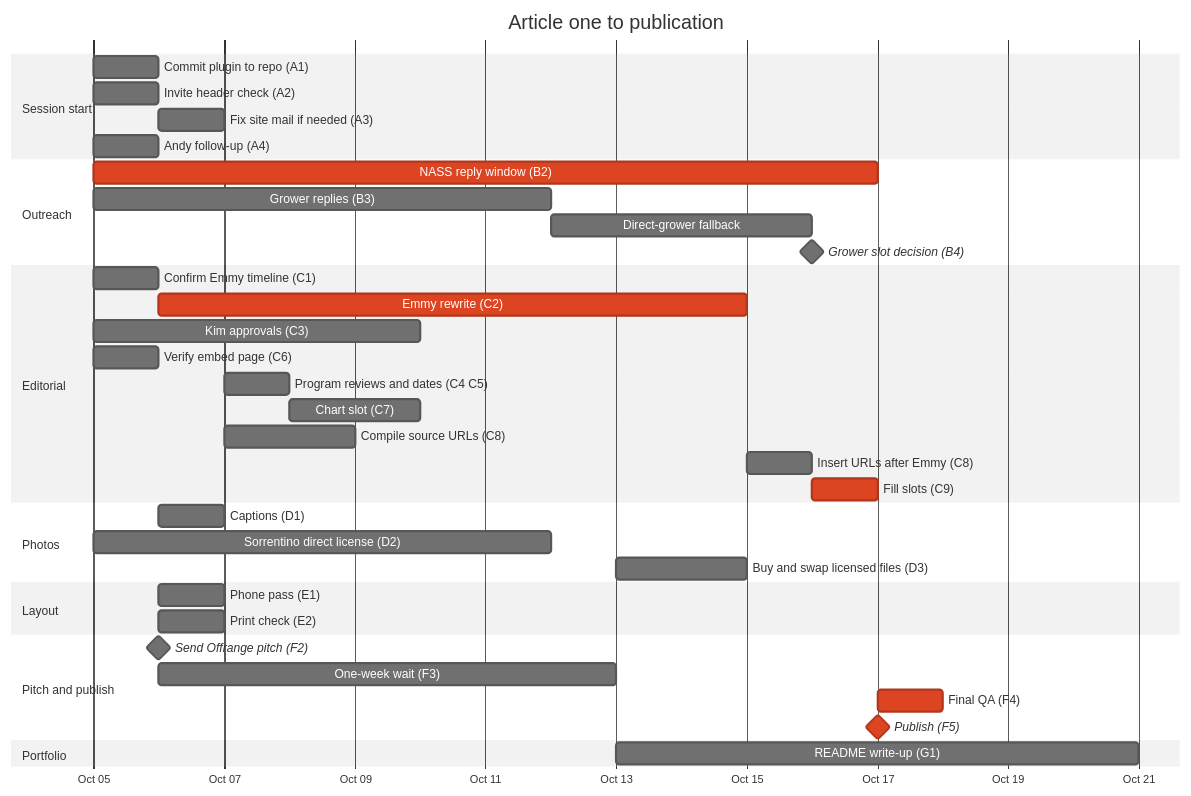
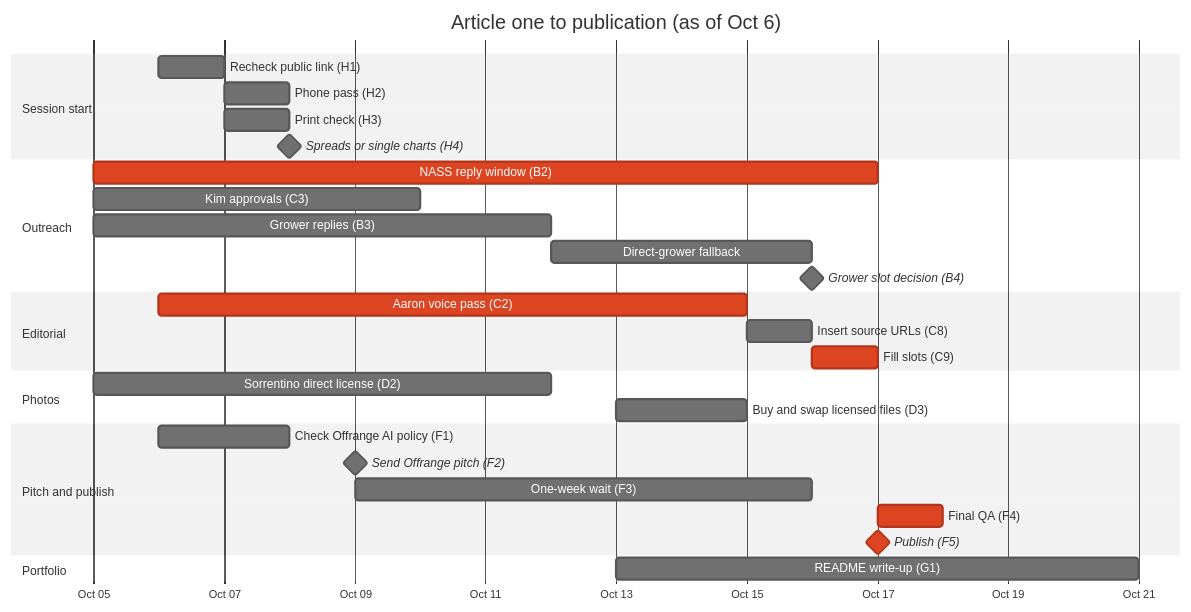
Before and after one commit to chaferoc/american-chile-economy: the diagram in docs/project-management/article-one-gantt.mermaid, drawn with Mermaid (neutral theme).

```diff
--- a/docs/project-management/article-one-gantt.mermaid
+++ b/docs/project-management/article-one-gantt.mermaid
@@ -1,45 +1,36 @@
 gantt
-    title Article one to publication
+    title Article one to publication (as of Oct 6)
     dateFormat YYYY-MM-DD
     axisFormat %b %d
 
     section Session start
-    Commit plugin to repo (A1)        :a1, 2026-10-05, 1d
-    Invite header check (A2)          :a2, 2026-10-05, 1d
-    Fix site mail if needed (A3)      :a3, after a2, 1d
-    Andy follow-up (A4)               :a4, 2026-10-05, 1d
+    Recheck public link (H1)          :h1, 2026-10-06, 1d
+    Phone pass (H2)                   :h2, after h1, 1d
+    Print check (H3)                  :h3, after h1, 1d
+    Spreads or single charts (H4)     :milestone, h4, 2026-10-08, 0d
 
     section Outreach
     NASS reply window (B2)            :crit, b2, 2026-10-05, 2026-10-17
+    Kim approvals (C3)                :c3, 2026-10-05, 2026-10-10
     Grower replies (B3)               :b3, 2026-10-05, 2026-10-12
     Direct-grower fallback            :b3b, 2026-10-12, 2026-10-16
     Grower slot decision (B4)         :milestone, b4, 2026-10-16, 0d
 
     section Editorial
-    Confirm Emmy timeline (C1)        :c1, 2026-10-05, 1d
-    Emmy rewrite (C2)                 :crit, c2, 2026-10-06, 2026-10-15
-    Kim approvals (C3)                :c3, 2026-10-05, 2026-10-10
-    Verify embed page (C6)            :c6, 2026-10-05, 1d
-    Program reviews and dates (C4 C5) :c4, 2026-10-07, 1d
-    Chart slot (C7)                   :c7, 2026-10-08, 2d
-    Compile source URLs (C8)          :c8, 2026-10-07, 2d
-    Insert URLs after Emmy (C8)       :c8b, after c2, 1d
+    Aaron voice pass (C2)             :crit, c2, 2026-10-06, 2026-10-15
+    Insert source URLs (C8)           :c8, after c2, 1d
     Fill slots (C9)                   :crit, c9, 2026-10-16, 2026-10-17
 
     section Photos
-    Captions (D1)                     :d1, 2026-10-06, 1d
     Sorrentino direct license (D2)    :d2, 2026-10-05, 2026-10-12
     Buy and swap licensed files (D3)  :d3, 2026-10-13, 2d
 
-    section Layout
-    Phone pass (E1)                   :e1, 2026-10-06, 1d
-    Print check (E2)                  :e2, 2026-10-06, 1d
-
     section Pitch and publish
-    Send Offrange pitch (F2)          :milestone, f2, 2026-10-06, 0d
-    One-week wait (F3)                :f3, 2026-10-06, 2026-10-13
+    Check Offrange AI policy (F1)     :f1, 2026-10-06, 2d
+    Send Offrange pitch (F2)          :milestone, f2, 2026-10-09, 0d
+    One-week wait (F3)                :f3, 2026-10-09, 2026-10-16
     Final QA (F4)                     :crit, f4, 2026-10-17, 1d
     Publish (F5)                      :crit, milestone, f5, 2026-10-17, 0d
 
     section Portfolio
     README write-up (G1)              :g1, 2026-10-13, 2026-10-21
```
